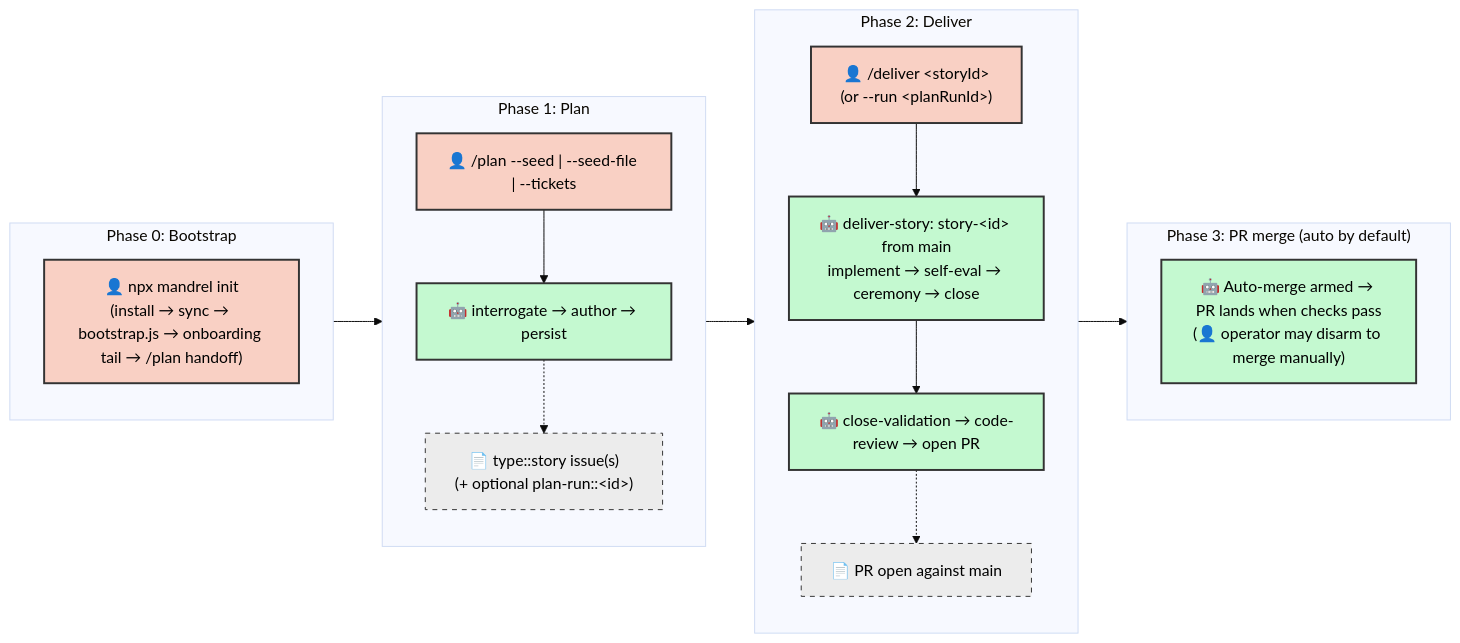
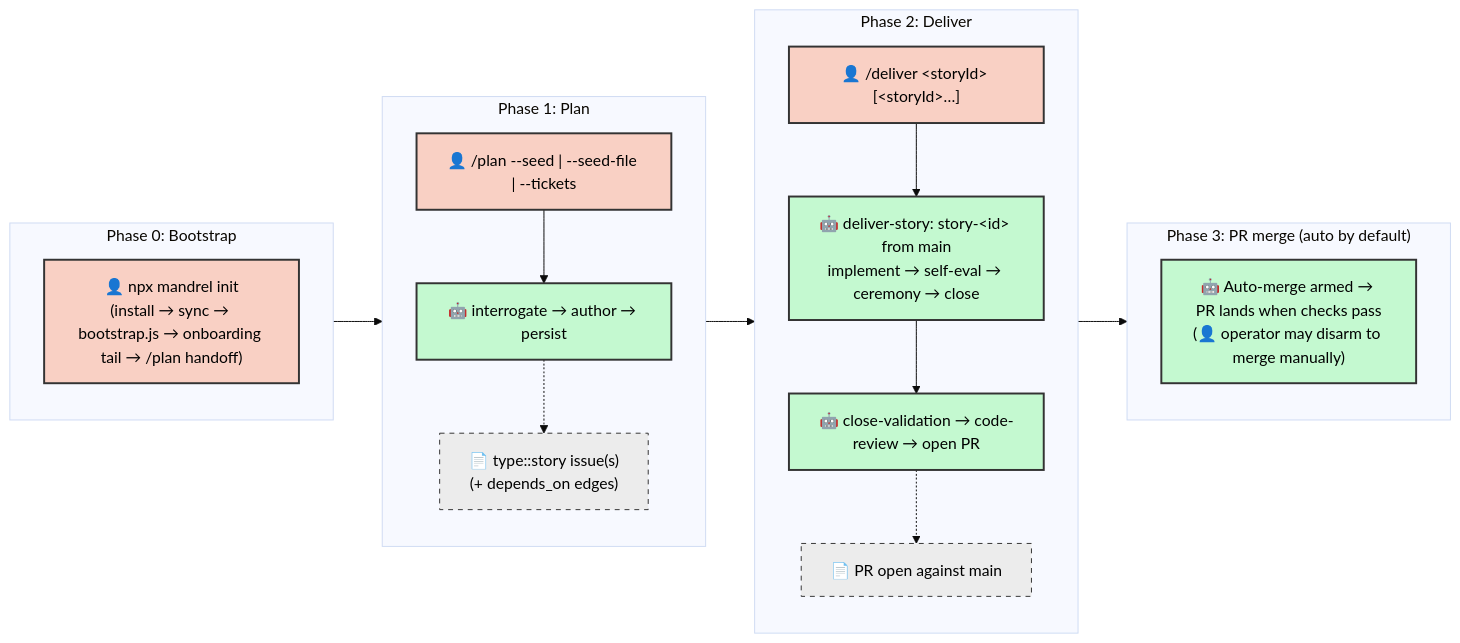
One commit to dsj1984/mandrel changed the diagram in .agents/docs/SDLC.md. Above: the diagram before and after it, drawn with Mermaid (base theme). The commit also changed other lines of this file and 34 other files, not shown here.

First line of the commit message:
feat!: /deliver takes only Story ids and resolves dependencies dynamically (retire plan-run) (#4540) (#4560)

````diff
--- a/.agents/docs/SDLC.md
+++ b/.agents/docs/SDLC.md
@@ -167,37 +171,37 @@
 ```mermaid
 graph LR
     classDef manual fill:#f9d0c4,stroke:#333,stroke-width:2px,color:#000;
     classDef agentic fill:#c4f9d0,stroke:#333,stroke-width:2px,color:#000;
     classDef artifact fill:#ececec,stroke:#333,stroke-width:1px,stroke-dasharray: 5 5,color:#000;
 
     subgraph Phase0 ["Phase 0: Bootstrap"]
         direction TB
         Z["👤 npx mandrel init<br/>(install → sync → bootstrap.js → onboarding tail → /plan handoff)"]:::manual
     end
 
     subgraph Phase1 ["Phase 1: Plan"]
         direction TB
         A["👤 /plan --seed | --seed-file | --tickets"]:::manual
         B["🤖 interrogate → author → persist"]:::agentic
         A --> B
-        B -.-> B_Art["📄 type::story issue(s)<br/>(+ optional plan-run::&lt;id&gt;)"]:::artifact
+        B -.-> B_Art["📄 type::story issue(s)<br/>(+ depends_on edges)"]:::artifact
     end
 
     subgraph Phase2 ["Phase 2: Deliver"]
         direction TB
-        E["👤 /deliver &lt;storyId&gt;<br/>(or --run &lt;planRunId&gt;)"]:::manual
+        E["👤 /deliver &lt;storyId&gt; [&lt;storyId&gt;…]"]:::manual
         F["🤖 deliver-story: story-&lt;id&gt; from main<br/>implement → self-eval → ceremony → close"]:::agentic
         G["🤖 close-validation → code-review → open PR"]:::agentic
         E --> F --> G
         G -.-> G_Art["📄 PR open against main"]:::artifact
     end
 
     subgraph Phase3 ["Phase 3: PR merge (auto by default)"]
         direction TB
         H["🤖 Auto-merge armed → PR lands when checks pass<br/>(👤 operator may disarm to merge manually)"]:::agentic
     end
 
     Z --> A
     B --> E
     G --> H
 ```
````
